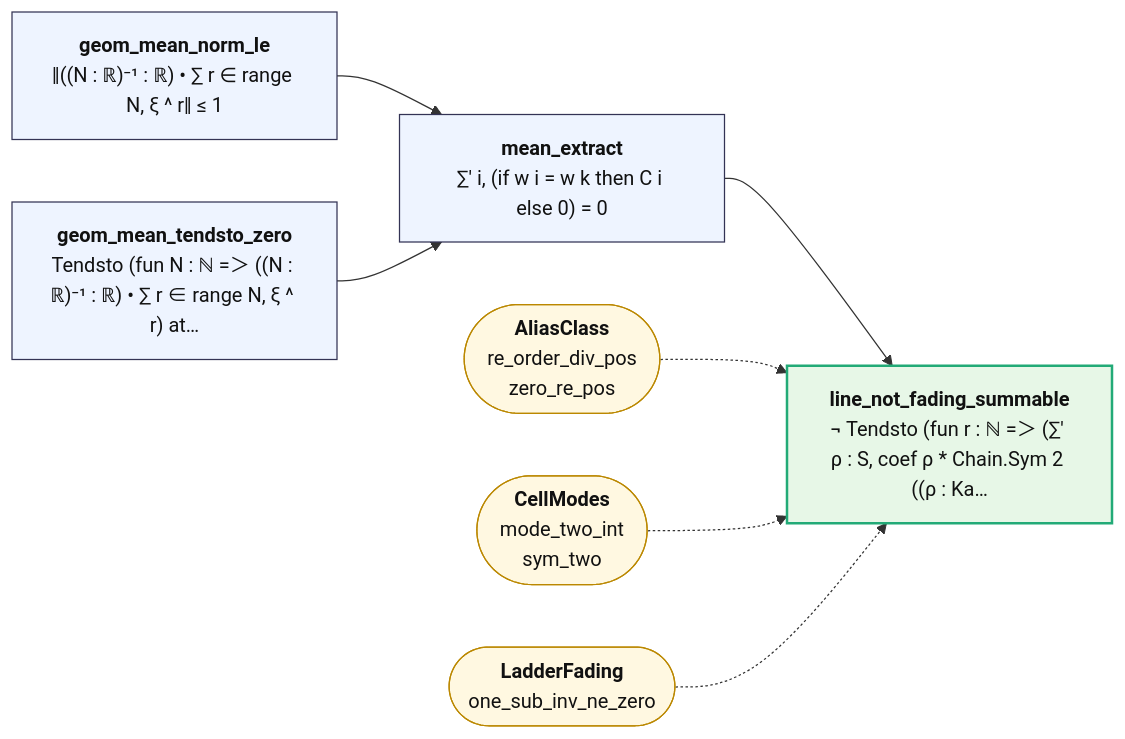
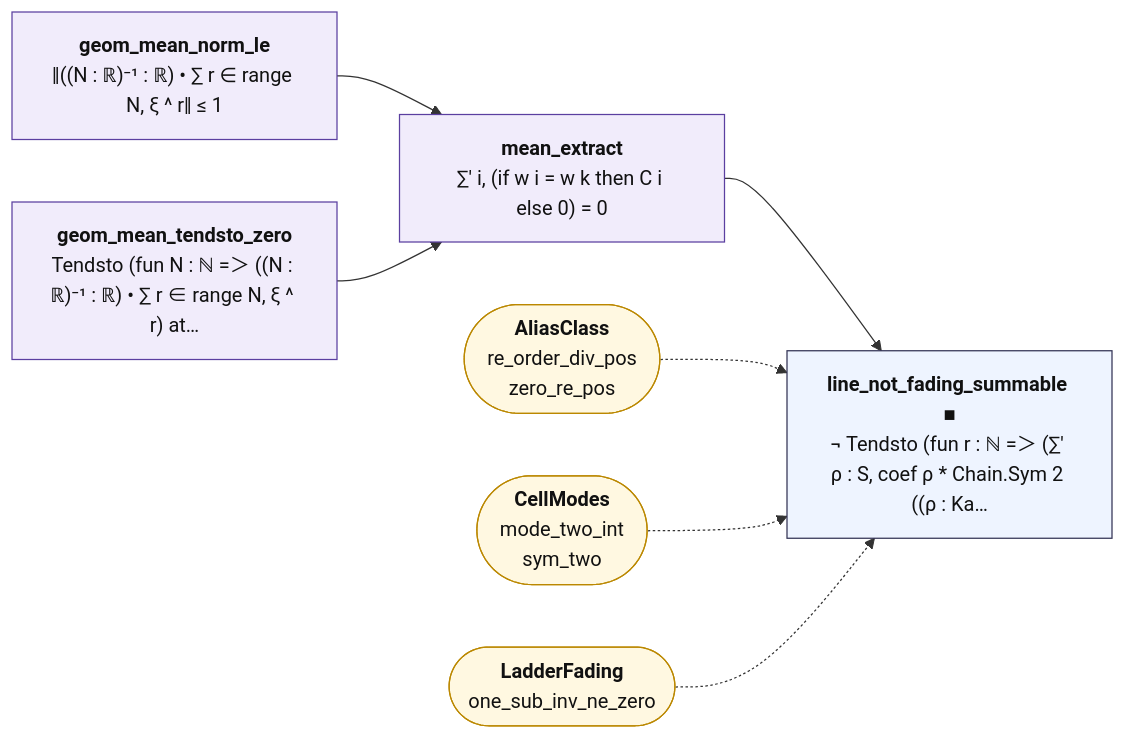
The diagram in map/lean_stage3/LadderMean.md (juliansambranojr/Primebeat_081426), drawn with Mermaid before and after one commit. The commit also changed other lines of this file and 398 other files, not shown here.

````diff
--- a/map/lean_stage3/LadderMean.md
+++ b/map/lean_stage3/LadderMean.md
@@ -12,21 +12,24 @@
 ```mermaid
 flowchart LR
-  n0["<b>geom_mean_norm_le</b><br/>‖((N : ℝ)⁻¹ : ℝ) • ∑ r ∈ range N, ξ ^ r‖ ≤ 1"]:::thm
-  n1["<b>geom_mean_tendsto_zero</b><br/>Tendsto (fun N : ℕ =＞ ((N : ℝ)⁻¹ : ℝ) • ∑ r ∈ range N, ξ ^ r) at…"]:::thm
-  n2["<b>mean_extract</b><br/>∑' i, (if w i = w k then C i else 0) = 0"]:::thm
-  n3["<b>line_not_fading_summable</b><br/>¬ Tendsto (fun r : ℕ =＞ (∑' ρ : S, coef ρ * Chain.Sym 2 ((ρ : Ka…"]:::end_
+  n0["<b>geom_mean_norm_le</b><br/>‖((N : ℝ)⁻¹ : ℝ) • ∑ r ∈ range N, ξ ^ r‖ ≤ 1"]:::shp
+  n1["<b>geom_mean_tendsto_zero</b><br/>Tendsto (fun N : ℕ =＞ ((N : ℝ)⁻¹ : ℝ) • ∑ r ∈ range N, ξ ^ r) at…"]:::shp
+  n2["<b>mean_extract</b><br/>∑' i, (if w i = w k then C i else 0) = 0"]:::shp
+  n3["<b>line_not_fading_summable ■</b><br/>¬ Tendsto (fun r : ℕ =＞ (∑' ρ : S, coef ρ * Chain.Sym 2 ((ρ : Ka…"]:::thm
   x0(["<b>AliasClass</b><br/>re_order_div_pos<br/>zero_re_pos"]):::ext
   x1(["<b>CellModes</b><br/>mode_two_int<br/>sym_two"]):::ext
   x2(["<b>LadderFading</b><br/>one_sub_inv_ne_zero"]):::ext
   n0 --> n2
   n1 --> n2
   n2 --> n3
   x0 -.-> n3
   x1 -.-> n3
   x2 -.-> n3
+  classDef cnt fill:#dff5ec,stroke:#17694a,color:#111
+  classDef shp fill:#f1ecfb,stroke:#5b3fa0,color:#111
+  classDef rh fill:#ffe5e5,stroke:#c22,color:#111,stroke-width:2px
   classDef thm fill:#eef4ff,stroke:#335,color:#111
   classDef end_ fill:#e7f7e7,stroke:#2a7,color:#111,stroke-width:2px
   classDef lone fill:#fff,stroke:#999,color:#111,stroke-dasharray:4 3
   classDef bad fill:#ffe5e5,stroke:#c22,color:#111,stroke-width:2px
   classDef ext fill:#fff8e1,stroke:#b80,color:#111
 ```
````
